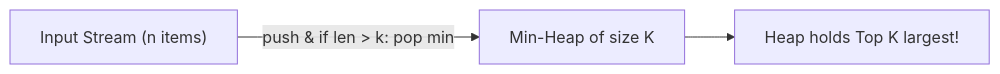
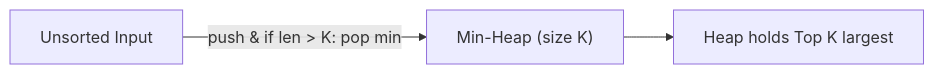
One commit to SanjayR857/All-in-One-Notes changed the diagram in grokking-coding-interview/08-top-k-elements.md. Above: the diagram before and after it, drawn with Mermaid. The commit also changed other lines of this file and 22 other files, not shown here.

````diff
--- a/grokking-coding-interview/08-top-k-elements.md
+++ b/grokking-coding-interview/08-top-k-elements.md
@@ -20,5 +20,5 @@
 ```mermaid
 flowchart LR
-    Stream["Input Stream (n items)"] -->|"push & if len > k: pop min"| Heap["Min-Heap of size K"]
-    Heap --> Ans["Heap holds Top K largest!"]
+    Stream["Unsorted Input"] -->|"push & if len > K: pop min"| Heap["Min-Heap (size K)"]
+    Heap --> Ans["Heap holds Top K largest"]
 ```
````
